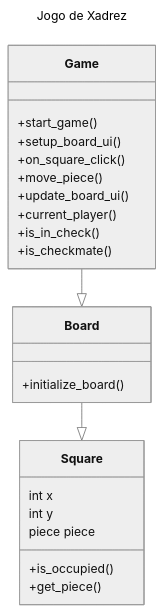
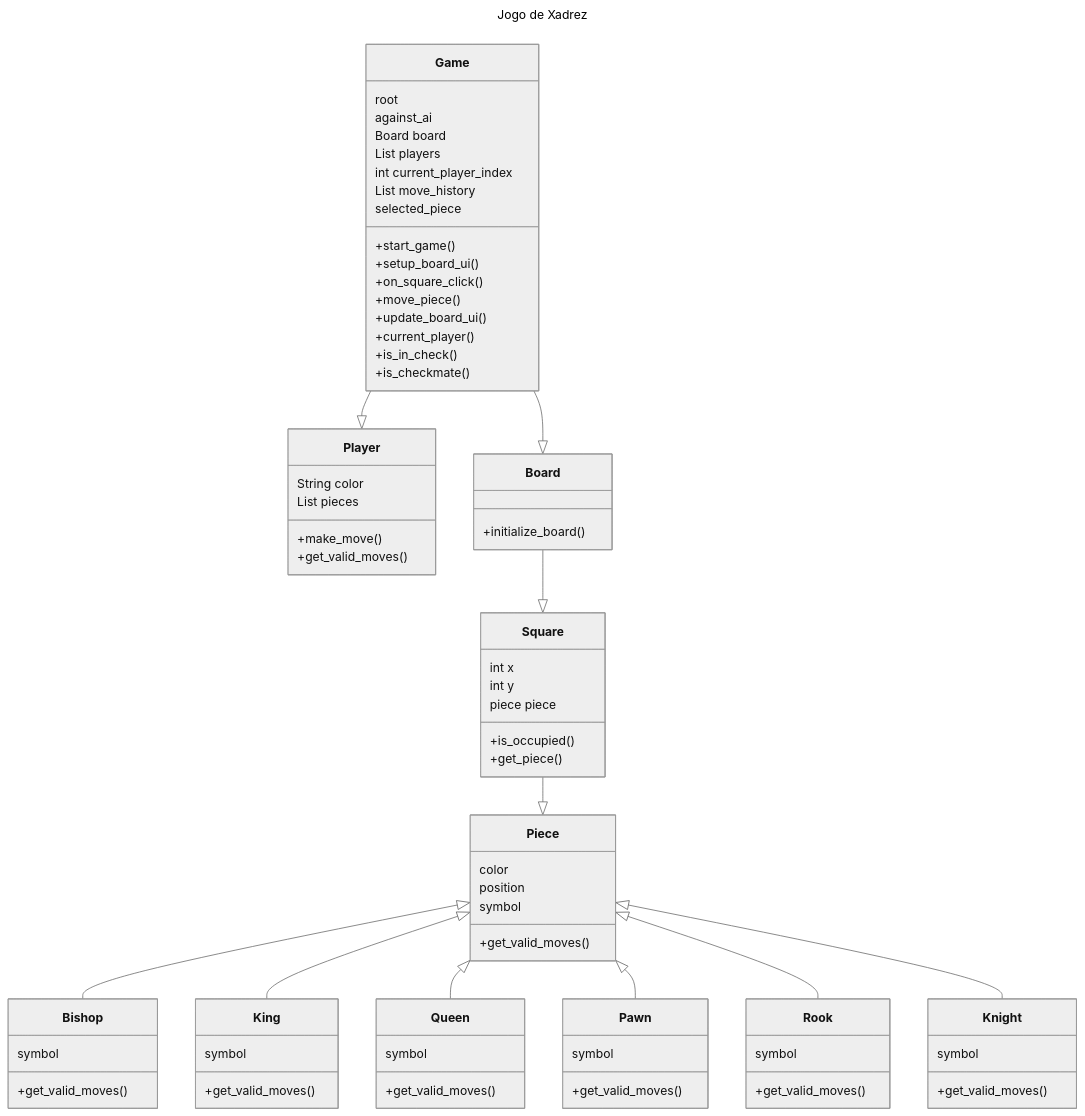
The diagram in README.md (DenielR/Trab-xadrez), drawn with Mermaid (neutral theme) before and after one commit.

````diff
--- a/README.md
+++ b/README.md
@@ -4,9 +4,22 @@
 ---
 classDiagram
 
-
+class Player{
+	String color
+	List pieces
+	+make_move()
+	+get_valid_moves()
+}
 
 class Game{
+	root
+	against_ai
+	Board board
+	List players
+	int current_player_index
+	List move_history
+	selected_piece
+
     +start_game()
     +setup_board_ui()
     +on_square_click()
@@ -29,6 +42,52 @@
 	+get_piece()
 }
 
+class Piece{
+	color
+	position
+	symbol
+	+get_valid_moves()
+}
+
+class Bishop{
+	symbol
+	+get_valid_moves()
+}
+
+class King{
+	symbol
+	+get_valid_moves()
+}
+
+class Queen{
+	symbol
+	+get_valid_moves()
+}
+
+class Pawn{
+	symbol
+	+get_valid_moves()
+}
+
+class Rook{
+	symbol
+	+get_valid_moves()
+}
+
+class Knight{
+	symbol
+	+get_valid_moves()
+}
+
 Game --|> Board
+Game --|> Player
 Board --|> Square
+Square --|> Piece
+
+Piece <|-- Bishop
+Piece <|-- King
+Piece <|-- Queen
+Piece <|-- Pawn
+Piece <|-- Rook
+Piece <|-- Knight
 ```
````
